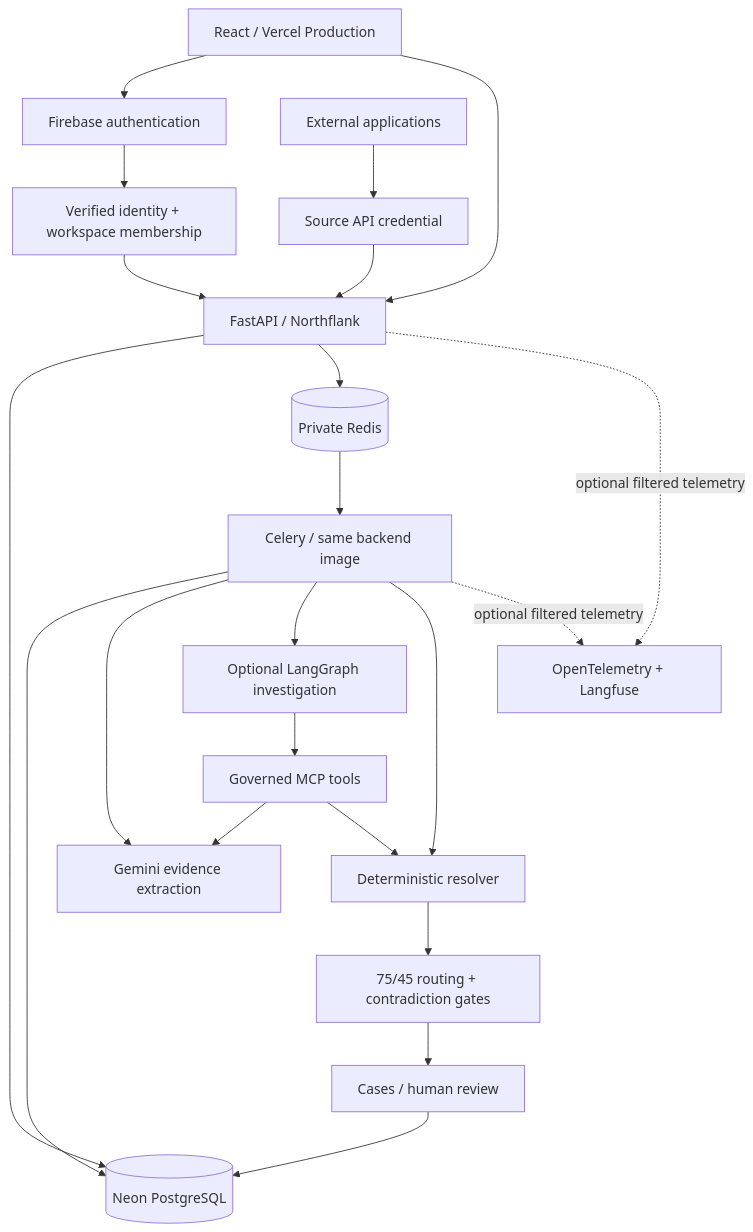
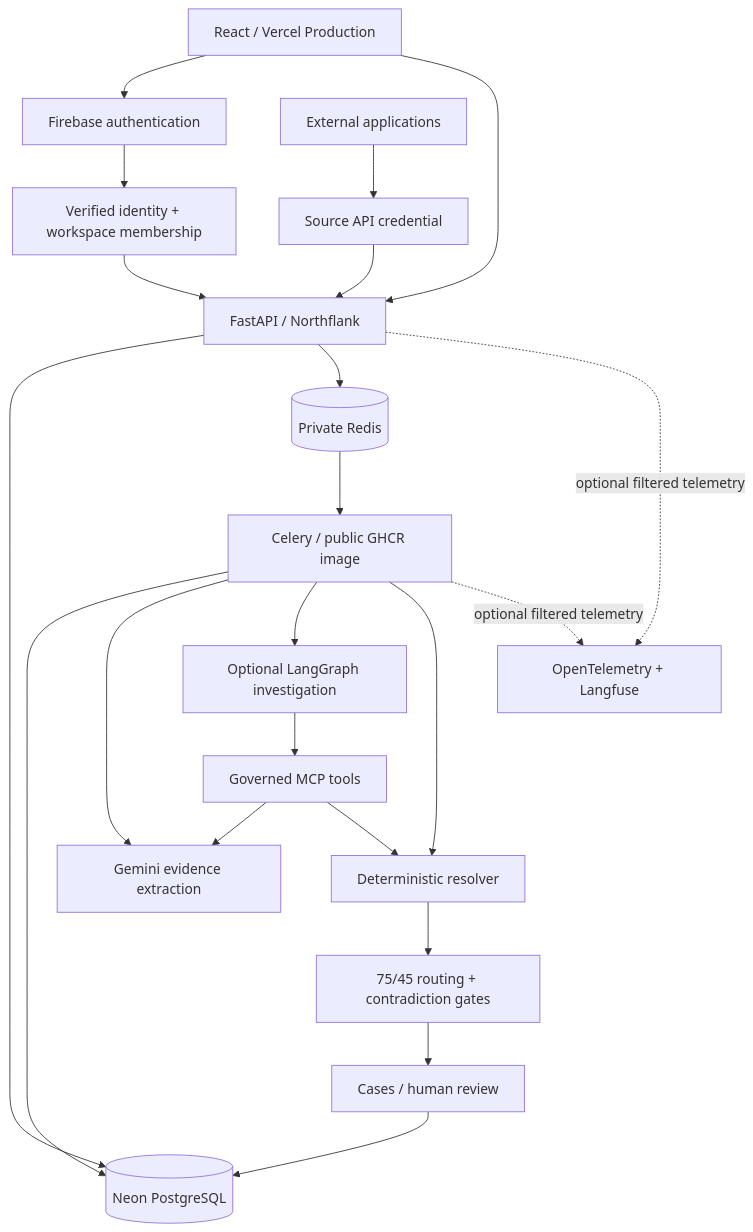
One commit to farazkhan-05/contact-resolution-workbench changed the diagram in docs/productization-architecture.md. Above: the diagram before and after it, drawn with Mermaid. The commit also changed other lines of this file and 20 other files, not shown here.

````diff
--- a/docs/productization-architecture.md
+++ b/docs/productization-architecture.md
@@ -21,24 +21,24 @@
 ```mermaid
 flowchart TD
     Browser[React / Vercel Production] --> Firebase[Firebase authentication]
     Browser --> API[FastAPI / Northflank]
     Firebase --> Verify[Verified identity + workspace membership]
     Verify --> API
     External[External applications] --> Source[Source API credential]
     Source --> API
     API --> DB[(Neon PostgreSQL)]
     API --> Redis[(Private Redis)]
-    Redis --> Worker[Celery / same backend image]
+    Redis --> Worker[Celery / public GHCR image]
     Worker --> DB
     Worker --> Gemini[Gemini evidence extraction]
     Worker --> Graph[Optional LangGraph investigation]
     Graph --> MCP[Governed MCP tools]
     MCP --> Gemini
     MCP --> Resolver[Deterministic resolver]
     Worker --> Resolver
     API -. optional filtered telemetry .-> Telemetry[OpenTelemetry + Langfuse]
     Worker -. optional filtered telemetry .-> Telemetry
     Resolver --> Routing[75/45 routing + contradiction gates]
     Routing --> Cases[Cases / human review]
     Cases --> DB
 ```
````
